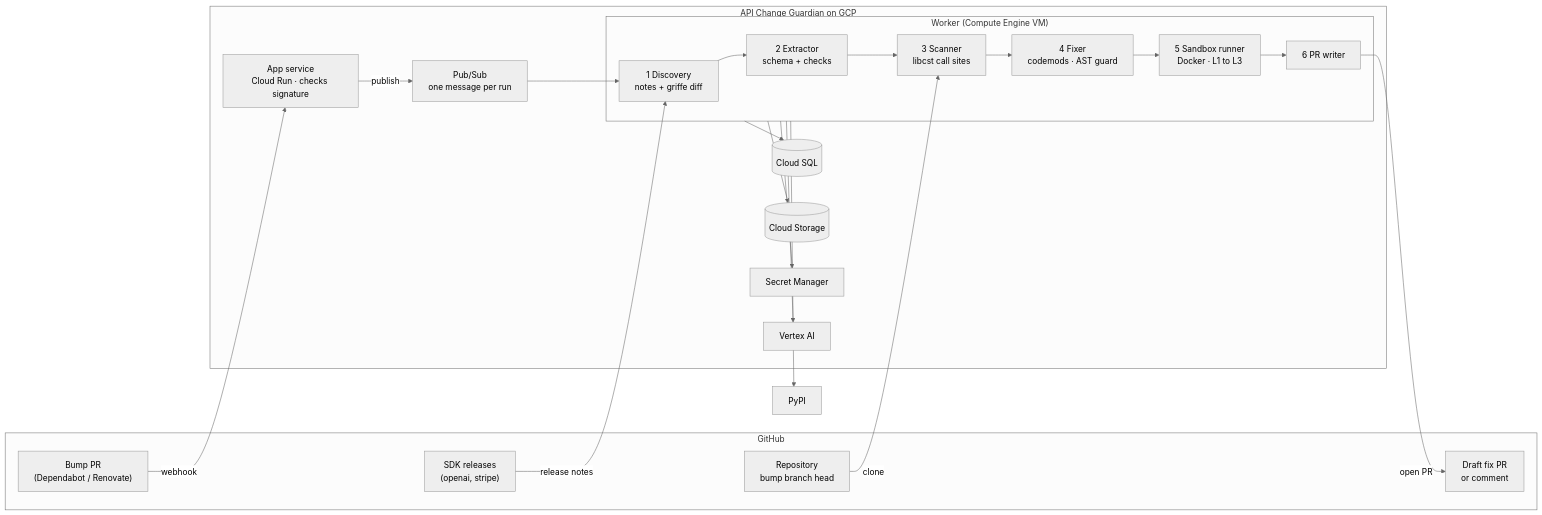
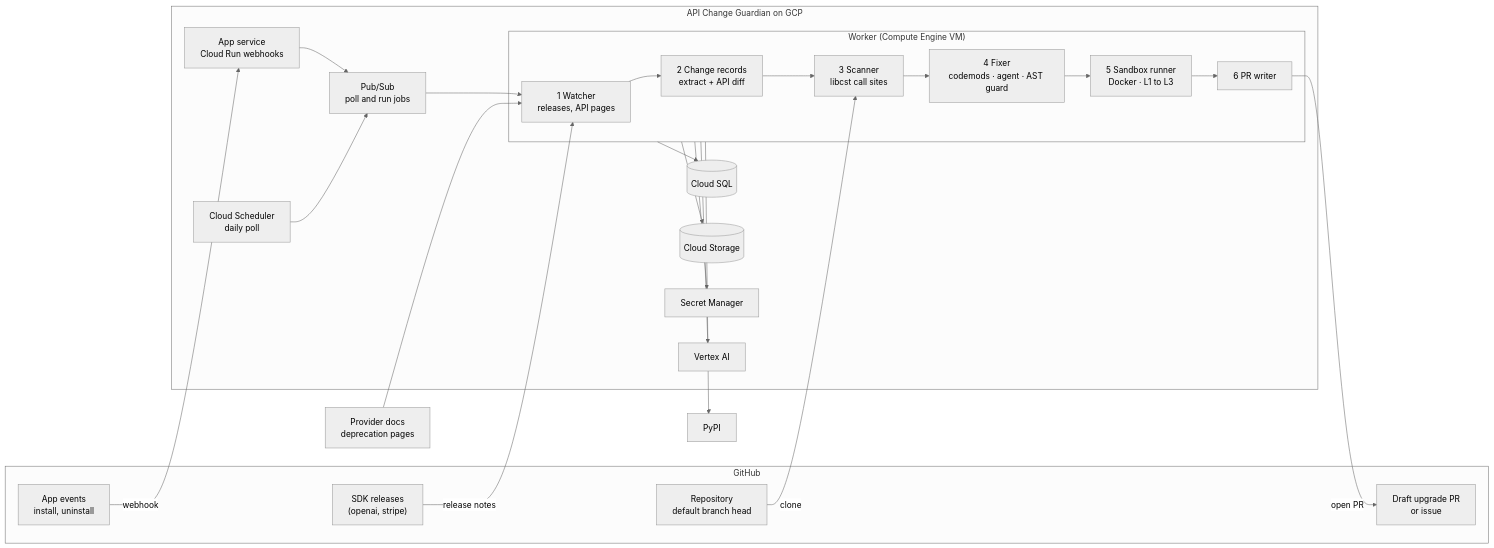
One commit to kavish924/API_agent changed the first of 6 diagrams in docs/architecture.md. Above: the diagram before and after it, drawn with Mermaid (neutral theme). The commit also changed other lines of this file and 17 other files, not shown here.

````diff
--- a/docs/architecture.md
+++ b/docs/architecture.md
@@ -17,34 +18,39 @@
 ```mermaid
 flowchart LR
     subgraph GitHub
-        BUMP["Bump PR<br/>(Dependabot / Renovate)"]
-        REPO["Repository<br/>bump branch head"]
+        EV["App events<br/>install, uninstall"]
+        REPO["Repository<br/>default branch head"]
         REL["SDK releases<br/>(openai, stripe)"]
-        OUT["Draft fix PR<br/>or comment"]
+        OUT["Draft upgrade PR<br/>or issue"]
     end
 
     subgraph GCP["API Change Guardian on GCP"]
-        APP["App service<br/>Cloud Run · checks signature"]
-        Q["Pub/Sub<br/>one message per run"]
+        APP["App service<br/>Cloud Run webhooks"]
+        SCH["Cloud Scheduler<br/>daily poll"]
+        Q["Pub/Sub<br/>poll and run jobs"]
         subgraph VM["Worker (Compute Engine VM)"]
-            D["1 Discovery<br/>notes + griffe diff"] --> E["2 Extractor<br/>schema + checks"] --> S["3 Scanner<br/>libcst call sites"]
-            S --> F["4 Fixer<br/>codemods · AST guard"] --> V["5 Sandbox runner<br/>Docker · L1 to L3"] --> W["6 PR writer"]
+            W1["1 Watcher<br/>releases, API pages"] --> W2["2 Change records<br/>extract + API diff"] --> W3["3 Scanner<br/>libcst call sites"]
+            W3 --> W4["4 Fixer<br/>codemods · agent · AST guard"] --> W5["5 Sandbox runner<br/>Docker · L1 to L3"] --> W6["6 PR writer"]
         end
         SQL[("Cloud SQL")]
         GCS[("Cloud Storage")]
         SM["Secret Manager"]
         VAI["Vertex AI"]
     end
 
     PYPI["PyPI"]
+    DOCS["Provider docs<br/>deprecation pages"]
 
-    BUMP -->|webhook| APP -->|publish| Q --> D
-    REPO -->|clone| S
-    REL -->|release notes| D
-    W -->|open PR| OUT
+    EV -->|webhook| APP --> Q
+    SCH --> Q
+    Q --> W1
+    REL -->|release notes| W1
+    DOCS --> W1
+    REPO -->|clone| W3
+    W6 -->|open PR| OUT
     VM --> SQL
     VM --> GCS
     VM --> SM
     VM --> VAI
     VM --> PYPI
 ```
````
